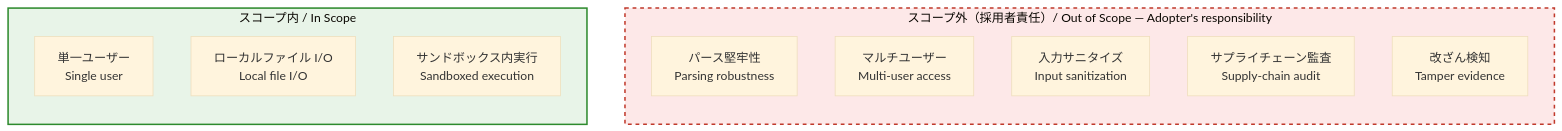
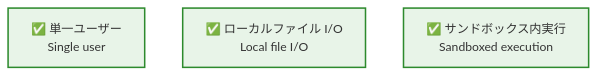
The second of 3 diagrams in README-SECURITY.md (HarmoniaEpic/CogLog), drawn with Mermaid (base theme) before and after one commit. The commit also changed other lines of this file, not shown here.

````diff
--- a/README-SECURITY.md
+++ b/README-SECURITY.md
@@ -56,21 +59,12 @@
 ```mermaid
 graph LR
-    subgraph in_scope ["スコープ内 / In Scope"]
-        A["単一ユーザー<br/>Single user"]
-        B["ローカルファイル I/O<br/>Local file I/O"]
-        C["サンドボックス内実行<br/>Sandboxed execution"]
-    end
+    A["✅ 単一ユーザー<br/>Single user"]
+    B["✅ ローカルファイル I/O<br/>Local file I/O"]
+    C["✅ サンドボックス内実行<br/>Sandboxed execution"]
 
-    subgraph out_scope ["スコープ外（採用者責任）/ Out of Scope — Adopter's responsibility"]
-        D["パース堅牢性<br/>Parsing robustness"]
-        E["マルチユーザー<br/>Multi-user access"]
-        F["入力サニタイズ<br/>Input sanitization"]
-        G["サプライチェーン監査<br/>Supply-chain audit"]
-        H["改ざん検知<br/>Tamper evidence"]
-    end
+    A ~~~ B ~~~ C
 
-    in_scope ~~~ out_scope
-
-    style in_scope fill:#e8f4e8,stroke:#2d8a2d,stroke-width:2px
-    style out_scope fill:#fde8e8,stroke:#c0392b,stroke-width:2px,stroke-dasharray: 5 5
+    style A fill:#e8f4e8,stroke:#2d8a2d,stroke-width:2px
+    style B fill:#e8f4e8,stroke:#2d8a2d,stroke-width:2px
+    style C fill:#e8f4e8,stroke:#2d8a2d,stroke-width:2px
 ```
````
